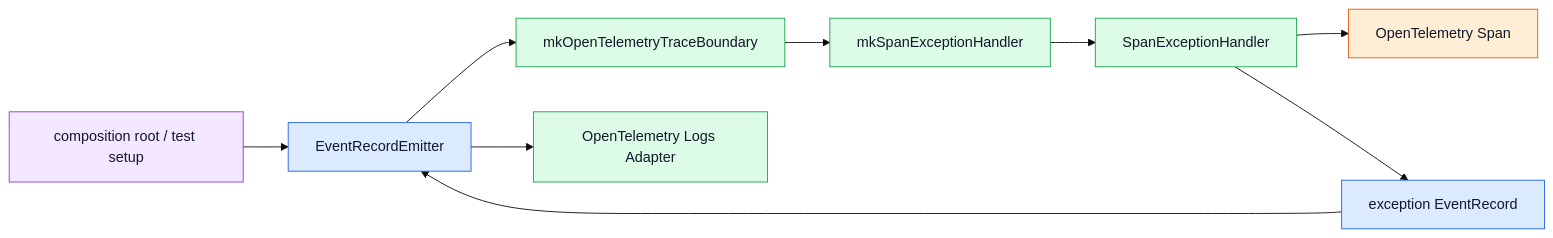
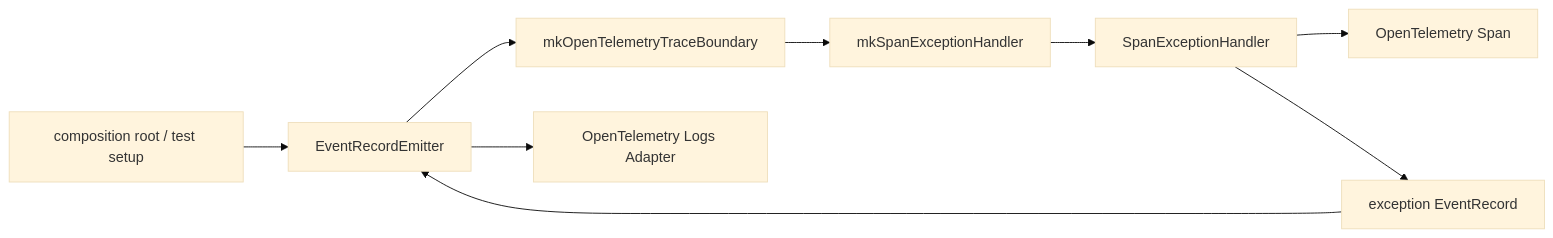
One commit to takashit16833/Workbench changed the third of 4 diagrams in Notes/RAGScope/RAGScopeアプリケーション/RAGScopeアプリケーション Haskellライブラリ・モジュールマップ.md. Above: the diagram before and after it, drawn with Mermaid (base theme). The commit also changed other lines of this file, not shown here.

Commit message:
Mermaid色分けルールに合わせて修正

````diff
--- a/Notes/RAGScope/RAGScopeアプリケーション/RAGScopeアプリケーション Haskellライブラリ・モジュールマップ.md
+++ b/Notes/RAGScope/RAGScopeアプリケーション/RAGScopeアプリケーション Haskellライブラリ・モジュールマップ.md
@@ -87,30 +88,20 @@
 ```mermaid
 flowchart LR
   caller["composition root / test setup"]
   emitter["EventRecordEmitter"]
   mkTrace["mkOpenTelemetryTraceBoundary"]
   mkHandler["mkSpanExceptionHandler"]
   handler["SpanExceptionHandler"]
   span["OpenTelemetry Span"]
   event["exception EventRecord"]
   logs["OpenTelemetry Logs Adapter"]
 
   caller --> emitter
   emitter --> mkTrace
   mkTrace --> mkHandler
   mkHandler --> handler
   handler --> span
   handler --> event
   event --> emitter
   emitter --> logs
-
-  classDef boundaryStyle fill:#dbeafe,stroke:#2563eb,color:#111827
-  classDef adapterStyle fill:#dcfce7,stroke:#16a34a,color:#111827
-  classDef applicationStyle fill:#f3e8ff,stroke:#9333ea,color:#111827
-  classDef externalStyle fill:#ffedd5,stroke:#ea580c,color:#111827
-
-  class emitter,event boundaryStyle
-  class mkTrace,mkHandler,handler,logs adapterStyle
-  class caller applicationStyle
-  class span externalStyle
 ```
````
